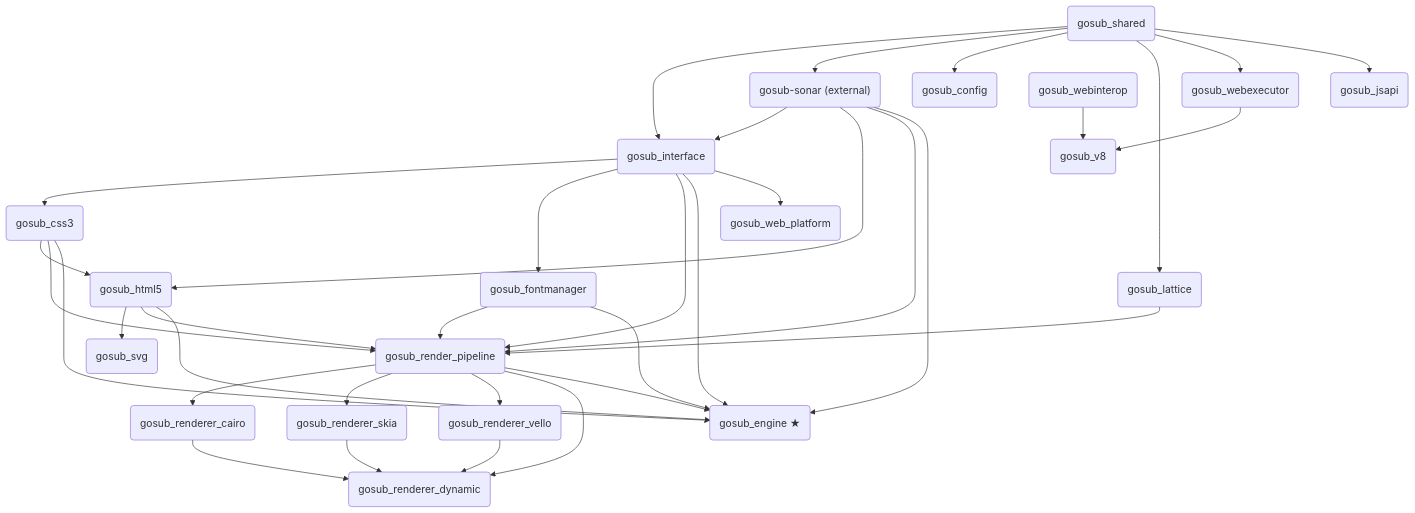
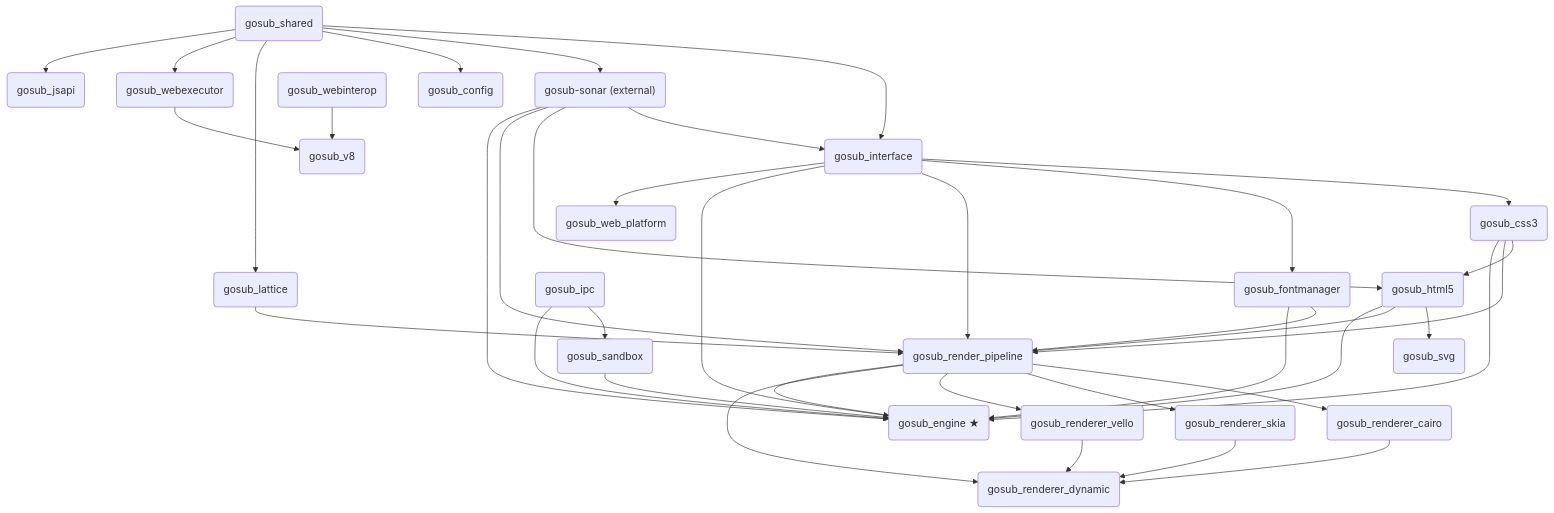
One commit to gosub-io/gosub-engine changed the diagram in docs/crates.md. Above: the diagram before and after it, drawn with Mermaid. The commit also changed other lines of this file and 2 other files, not shown here.

````diff
--- a/docs/crates.md
+++ b/docs/crates.md
@@ -137,62 +151,67 @@
 ``` mermaid
 flowchart TD
     shared("gosub_shared")
     interface("gosub_interface")
     config("gosub_config")
     net("gosub-sonar (external)")
     css3("gosub_css3")
     html5("gosub_html5")
     svg("gosub_svg")
     lattice("gosub_lattice")
     fontmgr("gosub_fontmanager")
     pipeline("gosub_render_pipeline")
     cairo("gosub_renderer_cairo")
     skia("gosub_renderer_skia")
     vello("gosub_renderer_vello")
     dynamic("gosub_renderer_dynamic")
     engine("gosub_engine ★")
     v8("gosub_v8")
     webexec("gosub_webexecutor")
     webinterop("gosub_webinterop")
     jsapi("gosub_jsapi")
     webplatform("gosub_web_platform")
+    ipc("gosub_ipc")
+    sandbox("gosub_sandbox")
 
     shared --> interface
     net --> interface
     shared --> net
     shared --> config
     interface --> css3
     css3 --> html5
     net --> html5
     html5 --> svg
     shared --> lattice
     interface --> fontmgr
 
     interface --> pipeline
     fontmgr --> pipeline
     lattice --> pipeline
     html5 --> pipeline
     css3 --> pipeline
     net --> pipeline
 
     pipeline --> cairo
     pipeline --> skia
     pipeline --> vello
     pipeline --> dynamic
     cairo --> dynamic
     skia --> dynamic
     vello --> dynamic
 
     html5 --> engine
     css3 --> engine
     net --> engine
     interface --> engine
     fontmgr --> engine
     pipeline --> engine
+    ipc --> sandbox
+    ipc --> engine
+    sandbox --> engine
 
     shared --> webexec
     webexec --> v8
     webinterop --> v8
     shared --> jsapi
     interface --> webplatform
 ```
````
